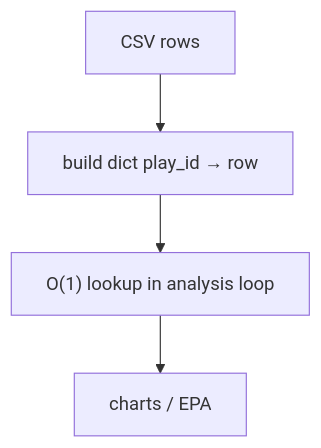
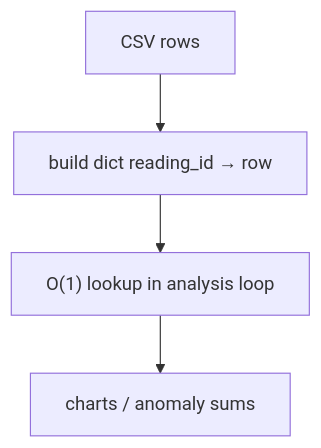
Before and after one commit to qgjones9/python-programming-guide: the sixth of 6 diagrams in docs/dsa/data-structures/hash-table/index.md, drawn with Mermaid. The commit also changed other lines of this file and 29 other files, not shown here.

````diff
--- a/docs/dsa/data-structures/hash-table/index.md
+++ b/docs/dsa/data-structures/hash-table/index.md
@@ -649,6 +639,6 @@
 ```mermaid
 flowchart TD
-  CSV["CSV rows"] --> B["build dict play_id → row"]
+  CSV["CSV rows"] --> B["build dict reading_id → row"]
   B --> L["O(1) lookup in analysis loop"]
-  L --> OUT["charts / EPA"]
+  L --> OUT["charts / anomaly sums"]
 ```
````
